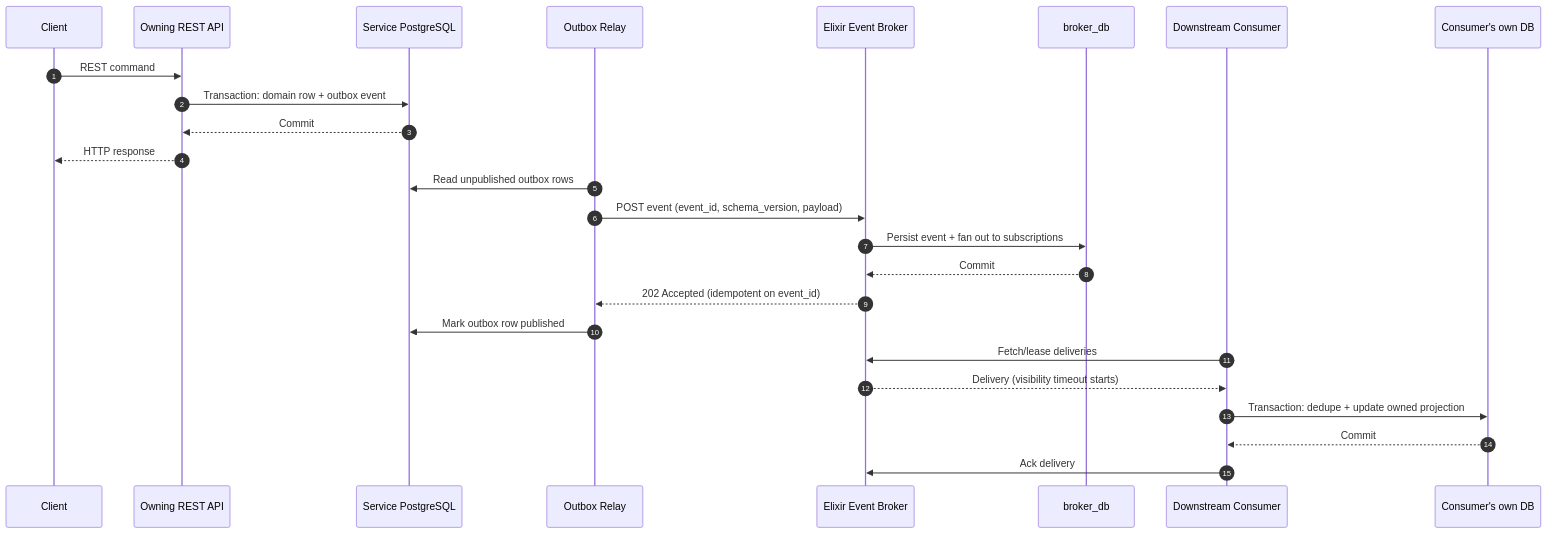
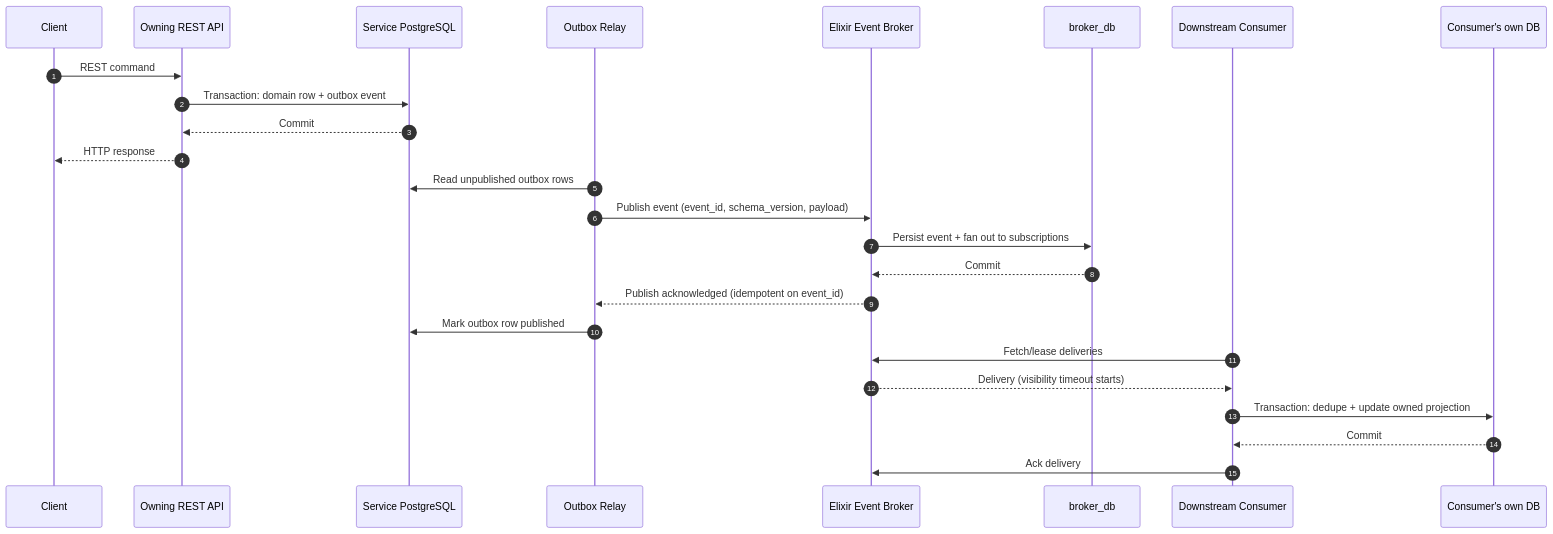
One commit to DevHustlers-Community/ASN changed the third of 4 diagrams in docs/architecture/architecture-and-schema.md. Above: the diagram before and after it, drawn with Mermaid. The commit also changed other lines of this file and 66 other files, not shown here.

First line of the commit message:
feat(services): scaffold Chat and Event broker with PostgreSQL baseline

````diff
--- a/docs/architecture/architecture-and-schema.md
+++ b/docs/architecture/architecture-and-schema.md
@@ -201,28 +203,28 @@
 ```mermaid
 sequenceDiagram
   autonumber
   participant Client
   participant API as Owning REST API
   participant DB as Service PostgreSQL
   participant Relay as Outbox Relay
   participant Broker as Elixir Event Broker
   participant BDB as broker_db
   participant Consumer as Downstream Consumer
   participant PDB as Consumer's own DB
 
   Client->>API: REST command
   API->>DB: Transaction: domain row + outbox event
   DB-->>API: Commit
   API-->>Client: HTTP response
   Relay->>DB: Read unpublished outbox rows
-  Relay->>Broker: POST event (event_id, schema_version, payload)
+  Relay->>Broker: Publish event (event_id, schema_version, payload)
   Broker->>BDB: Persist event + fan out to subscriptions
   BDB-->>Broker: Commit
-  Broker-->>Relay: 202 Accepted (idempotent on event_id)
+  Broker-->>Relay: Publish acknowledged (idempotent on event_id)
   Relay->>DB: Mark outbox row published
   Consumer->>Broker: Fetch/lease deliveries
   Broker-->>Consumer: Delivery (visibility timeout starts)
   Consumer->>PDB: Transaction: dedupe + update owned projection
   PDB-->>Consumer: Commit
   Consumer->>Broker: Ack delivery
 ```
````
